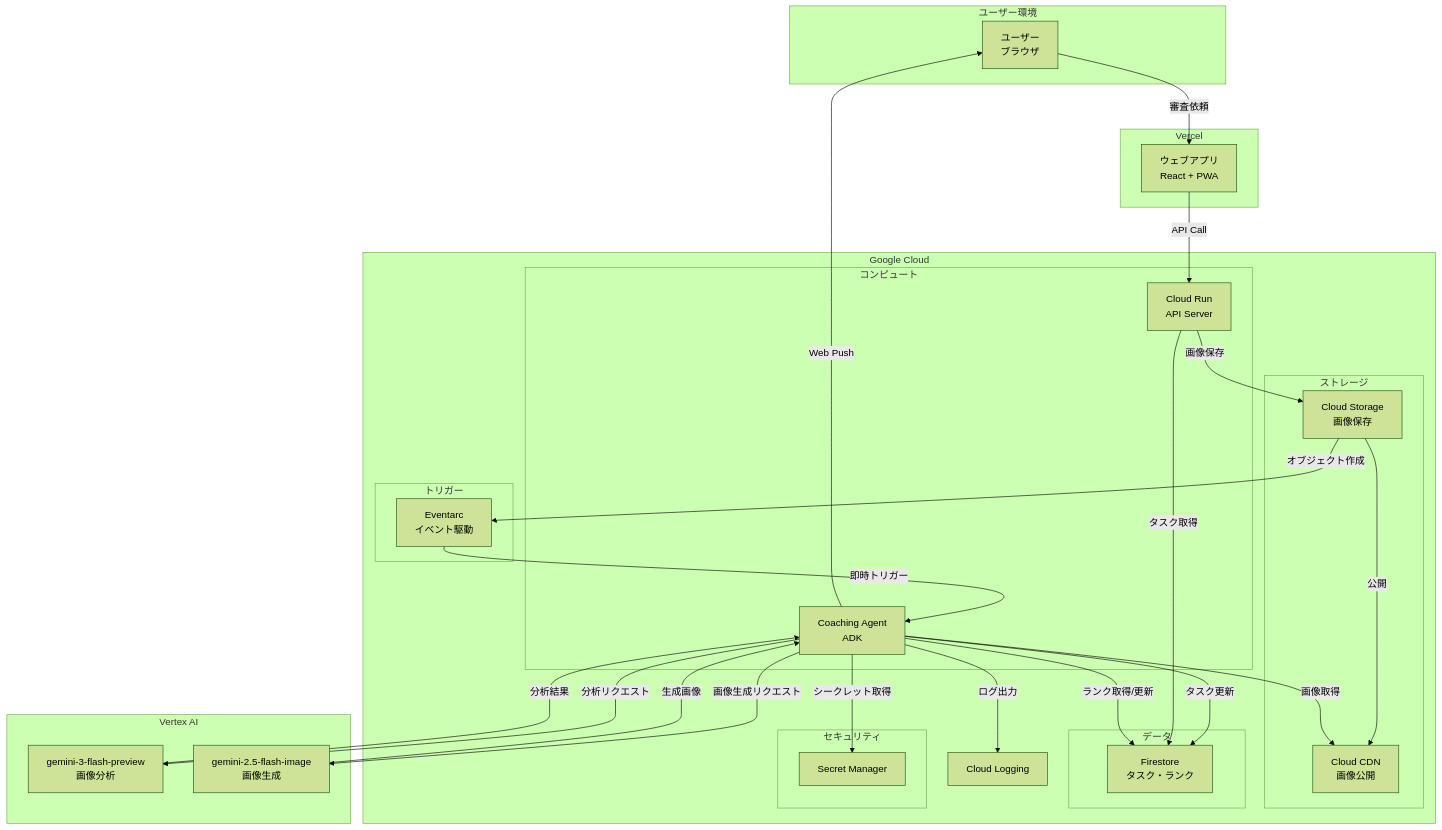
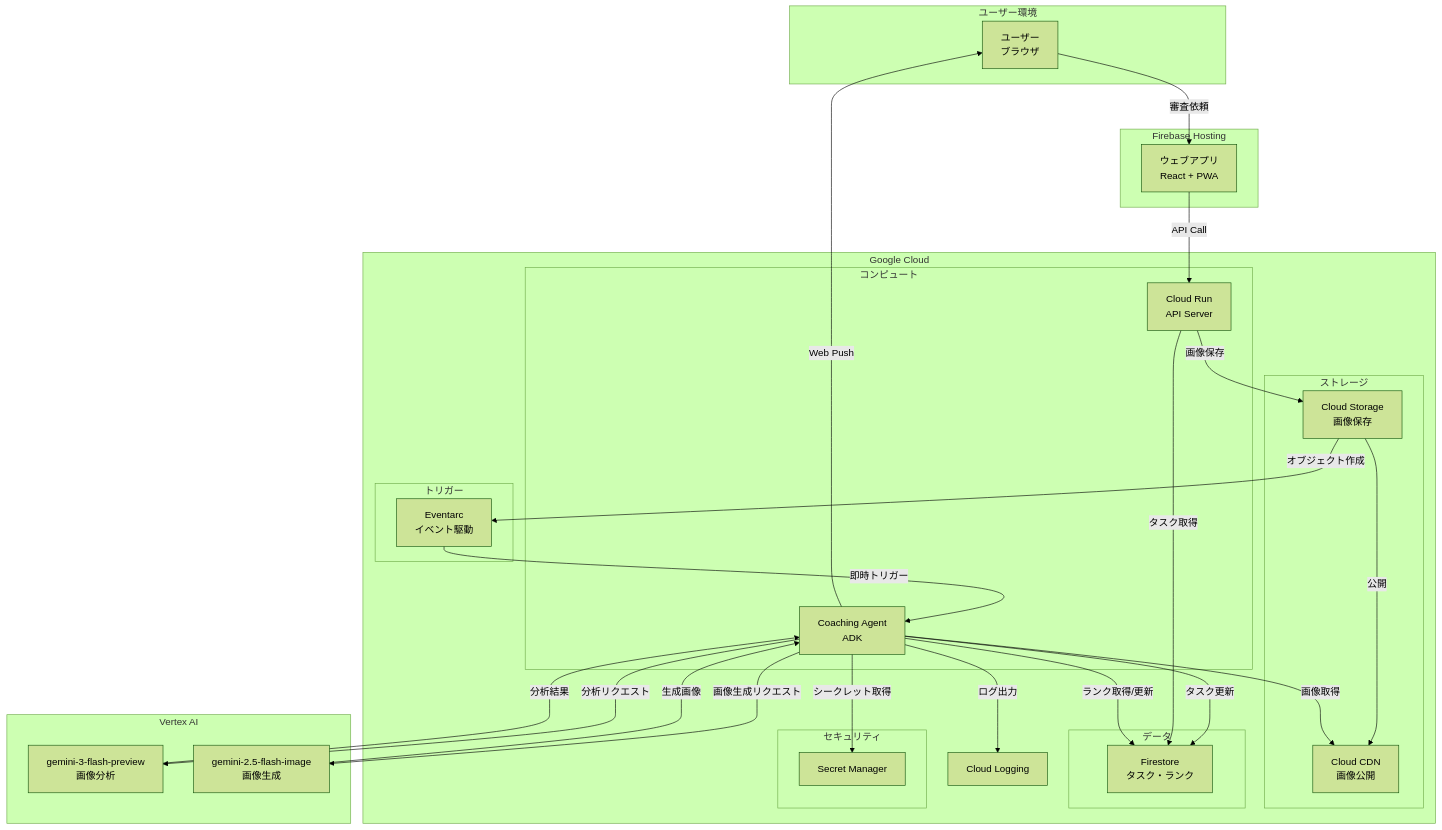
Before and after one commit to nuance-sudo/drawing-practice-agent-gch4: the first of 6 diagrams in docs/functional-design.md, drawn with Mermaid (forest theme). The commit also changed other lines of this file and 6 other files, not shown here.

````diff
--- a/docs/functional-design.md
+++ b/docs/functional-design.md
@@ -13,59 +13,59 @@
 ```mermaid
 flowchart TB
     subgraph User["ユーザー環境"]
         A[ユーザー<br/>ブラウザ]
     end
 
-    subgraph Vercel["Vercel"]
+    subgraph Firebase["Firebase Hosting"]
         B[ウェブアプリ<br/>React + PWA]
     end
 
     subgraph GCP["Google Cloud"]
         subgraph Storage["ストレージ"]
             C[Cloud Storage<br/>画像保存]
             D[Cloud CDN<br/>画像公開]
         end
         
         subgraph Trigger["トリガー"]
             E[Eventarc<br/>イベント駆動]
         end
         
         subgraph Compute["コンピュート"]
             F[Cloud Run<br/>API Server]
             G[Coaching Agent<br/>ADK]
         end
         
         subgraph Data["データ"]
             H[Firestore<br/>タスク・ランク]
         end
         
         subgraph Security["セキュリティ"]
             I[Secret Manager]
         end
         
         J[Cloud Logging]
     end
 
     subgraph AI["Vertex AI"]
         K[gemini-3-flash-preview<br/>画像分析]
         L[gemini-2.5-flash-image<br/>画像生成]
     end
 
     A -->|審査依頼| B
     B -->|API Call| F
     F -->|画像保存| C
     C -->|公開| D
     C -->|オブジェクト作成| E
     E -->|即時トリガー| G
     G -->|画像取得| D
     G -->|分析リクエスト| K
     K -->|分析結果| G
     G -->|画像生成リクエスト| L
     L -->|生成画像| G
     G -->|タスク更新| H
     F -->|タスク取得| H
     G -->|ランク取得/更新| H
     G -->|シークレット取得| I
     G -->|ログ出力| J
     G -->|Web Push| A
 ```
````
